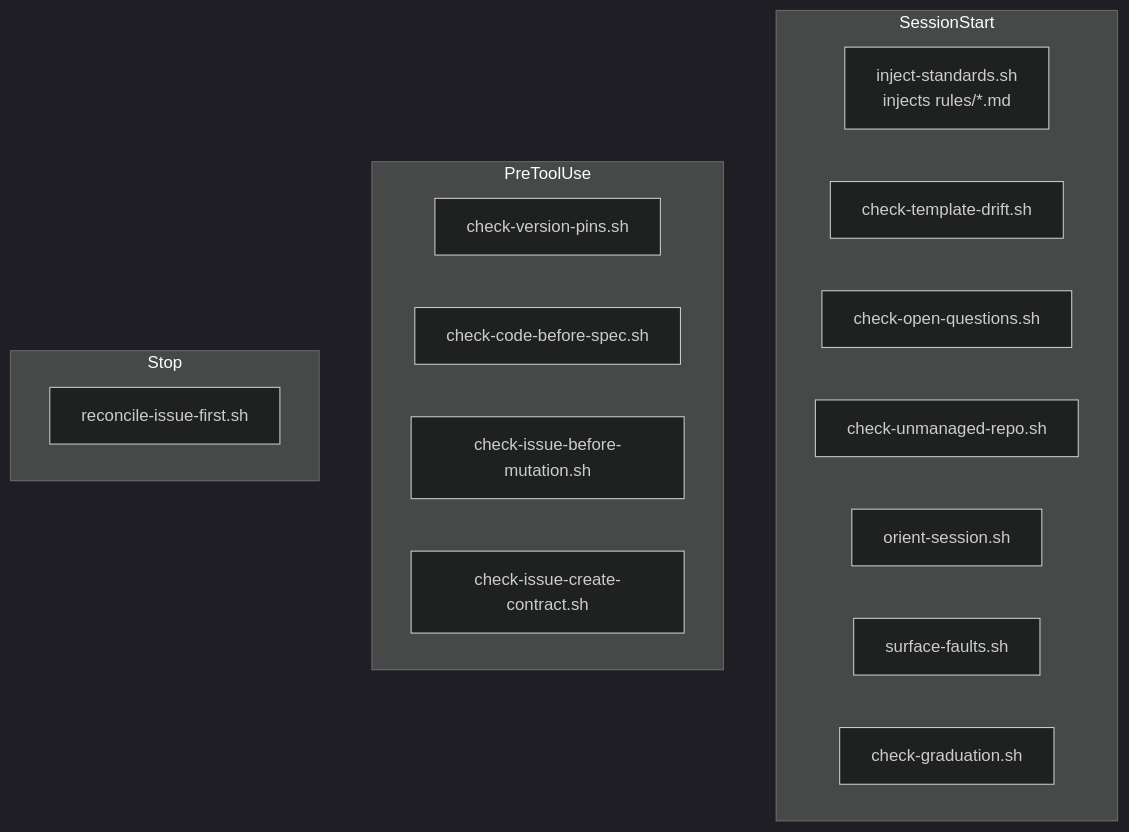
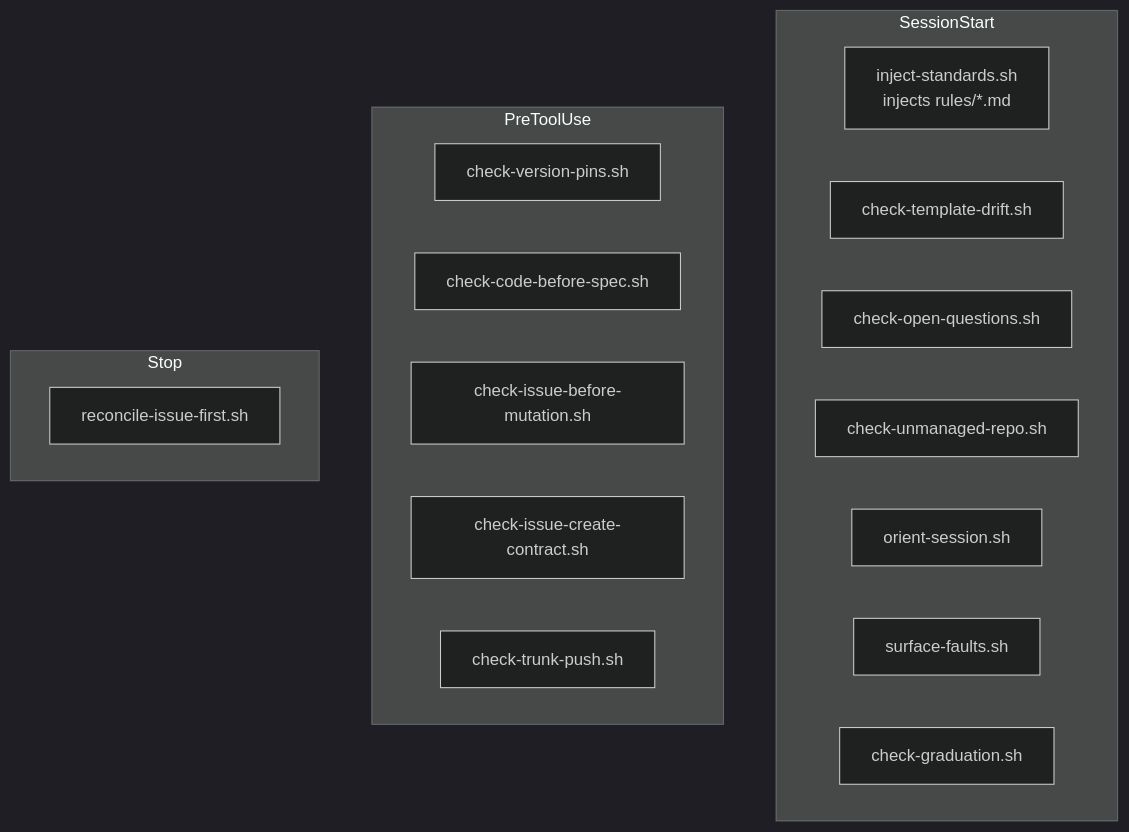
Before and after one commit to element22llc/e22-plugins: the diagram in docs/reference/hooks.md, drawn with Mermaid (dark theme). The commit also changed other lines of this file and 33 other files, not shown here.

````diff
--- a/docs/reference/hooks.md
+++ b/docs/reference/hooks.md
@@ -23,21 +24,22 @@
 ```mermaid
 flowchart TD
     subgraph SessionStart
       inject[inject-standards.sh<br/>injects rules/*.md]
       drift[check-template-drift.sh]
       oq[check-open-questions.sh]
       unmanaged[check-unmanaged-repo.sh]
       orient[orient-session.sh]
       faults[surface-faults.sh]
       grad[check-graduation.sh]
     end
     subgraph PreToolUse
       pins[check-version-pins.sh]
       cbs[check-code-before-spec.sh]
       ibm[check-issue-before-mutation.sh]
       icc[check-issue-create-contract.sh]
+      tpush[check-trunk-push.sh]
     end
     subgraph Stop
       reconcile[reconcile-issue-first.sh]
     end
 ```
````
